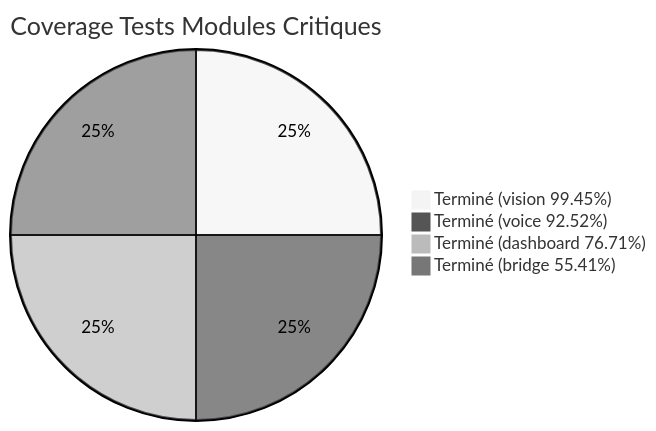
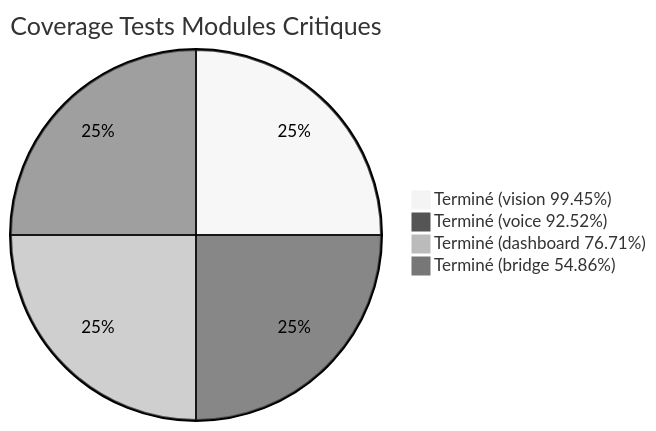
One commit to arkalia-luna-system/bbia-sim changed the second of 3 diagrams in docs/TACHES_A_FAIRE_CONSOLIDEES.md. Above: the diagram before and after it, drawn with Mermaid (neutral theme). The commit also changed other lines of this file and 10 other files, not shown here.

````diff
--- a/docs/TACHES_A_FAIRE_CONSOLIDEES.md
+++ b/docs/TACHES_A_FAIRE_CONSOLIDEES.md
@@ -74,7 +74,7 @@
 ```mermaid
 pie title Coverage Tests Modules Critiques
     "Terminé (vision 99.45%)" : 1
     "Terminé (voice 92.52%)" : 1
     "Terminé (dashboard 76.71%)" : 1
-    "Terminé (bridge 55.41%)" : 1
+    "Terminé (bridge 54.86%)" : 1
 ```
````
